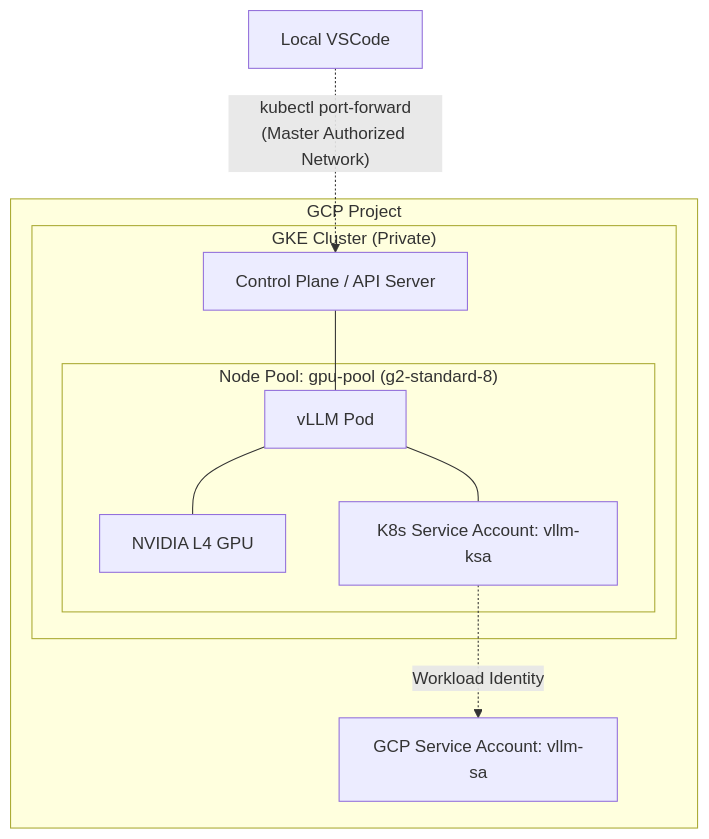
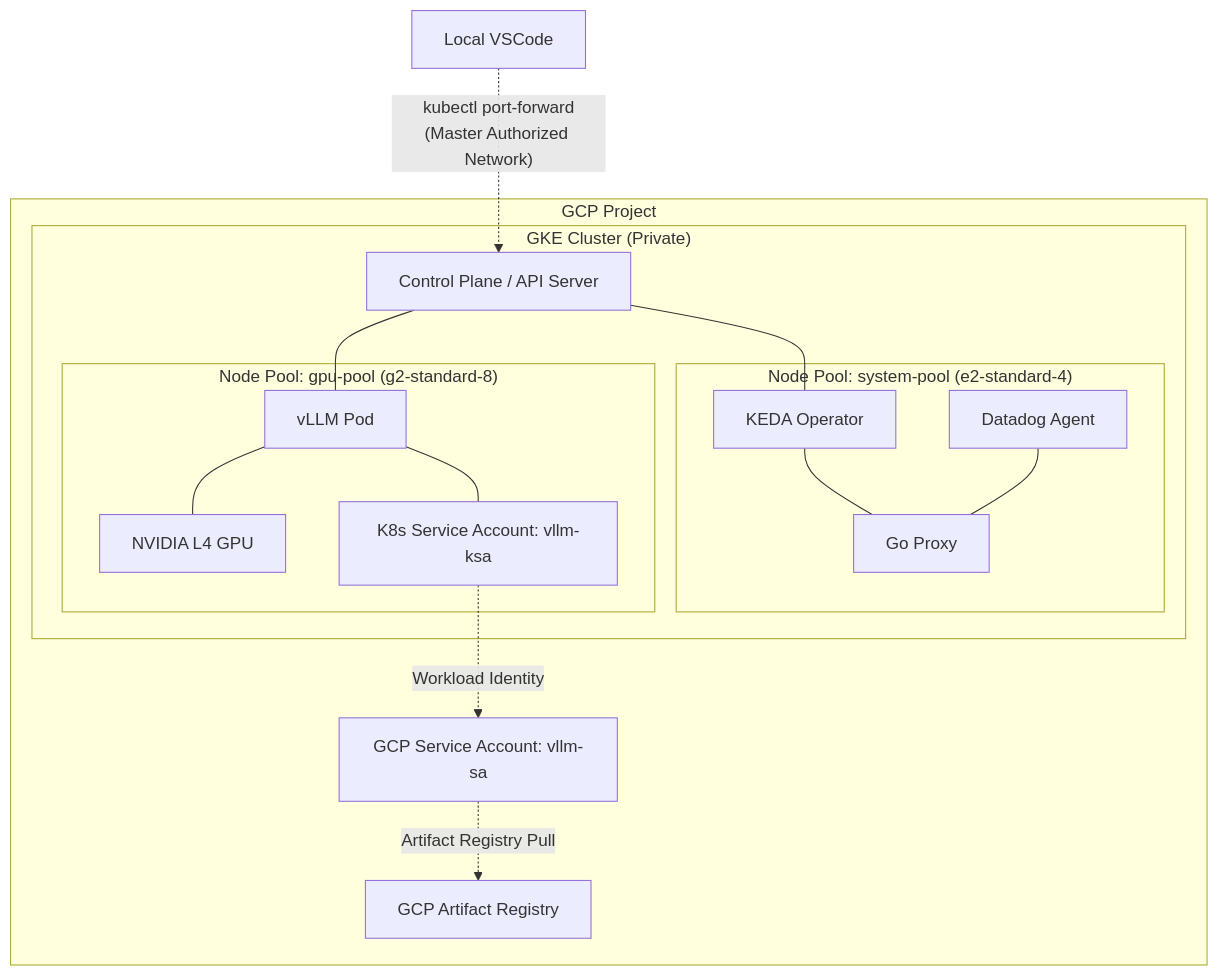
Before and after one commit to iheb24/vllm-gke: the diagram in infra/modules/vllm-cluster/README.md, drawn with Mermaid. The commit also changed other lines of this file and 2 other files, not shown here.

Commit message:
docs: update module READMEs with architecture graphs and synchronize terraform state

````diff
--- a/infra/modules/vllm-cluster/README.md
+++ b/infra/modules/vllm-cluster/README.md
@@ -13,25 +15,36 @@
 ```mermaid
 graph TD
     subgraph "GCP Project"
         subgraph "GKE Cluster (Private)"
             CP[Control Plane / API Server]
+            
+            subgraph "Node Pool: system-pool (e2-standard-4)"
+                KEDA[KEDA Operator]
+                Proxy[Go Proxy]
+                Datadog[Datadog Agent]
+                
+                KEDA --- Proxy
+                Datadog --- Proxy
+            end
             
             subgraph "Node Pool: gpu-pool (g2-standard-8)"
                 L4[NVIDIA L4 GPU]
                 Pod[vLLM Pod]
                 KSA[K8s Service Account: vllm-ksa]
                 
                 Pod --- L4
                 Pod --- KSA
             end
             
+            CP --- KEDA
             CP --- Pod
         end
         
         GSA[GCP Service Account: vllm-sa]
         KSA -. "Workload Identity" .-> GSA
+        GSA -. "Artifact Registry Pull" .-> AR[GCP Artifact Registry]
     end
     
     Local[Local VSCode]
     Local -. "kubectl port-forward<br/>(Master Authorized Network)" .-> CP
 ```
````
